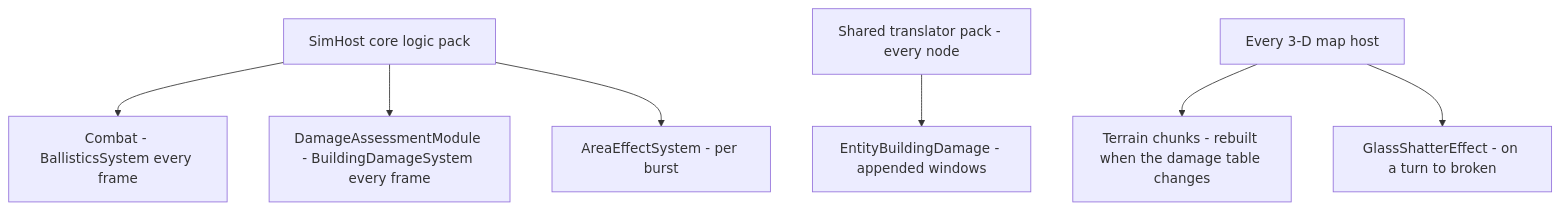
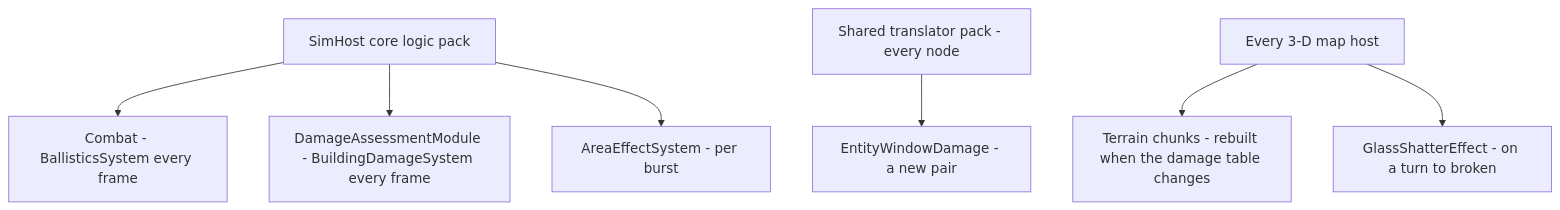
Before and after one commit to pjanec/HROT: the third of 3 diagrams in docs/DESIGN_Glass_Windows.md, drawn with Mermaid. The commit also changed other lines of this file and 1 other file, not shown here.

First line of the commit message:
DESIGN_Glass_Windows D-3 revised: a separate WindowDamage on the same damage entity (records share identity, not meaning or write rate); BuildingDamage untouched

````diff
--- a/docs/DESIGN_Glass_Windows.md
+++ b/docs/DESIGN_Glass_Windows.md
@@ -160,9 +165,9 @@
 ```mermaid
 graph TD
   SH[SimHost core logic pack] --> CM[Combat - BallisticsSystem every frame]
   SH --> DAM[DamageAssessmentModule - BuildingDamageSystem every frame]
   SH --> AE[AreaEffectSystem - per burst]
-  SP[Shared translator pack - every node] --> BD[EntityBuildingDamage - appended windows]
+  SP[Shared translator pack - every node] --> BD[EntityWindowDamage - a new pair]
   MAP[Every 3-D map host] --> CH[Terrain chunks - rebuilt when the damage table changes]
   MAP --> FX[GlassShatterEffect - on a turn to broken]
 ```
````
